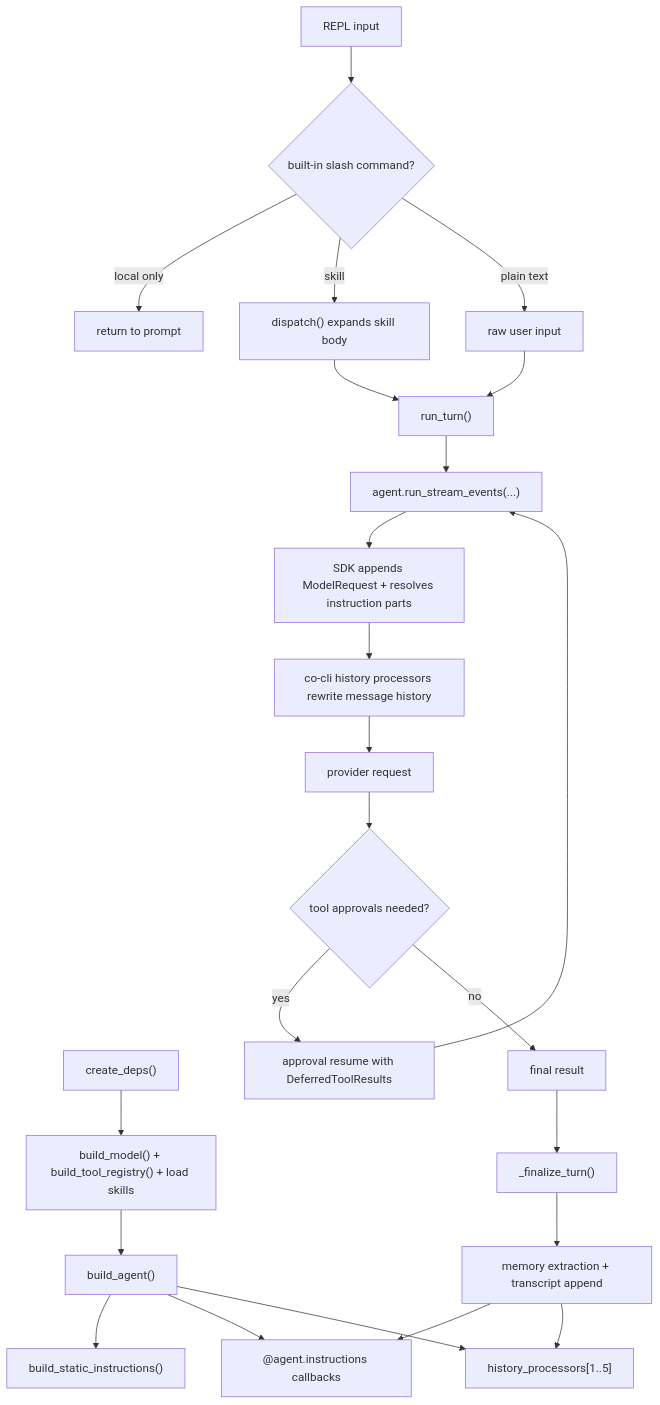
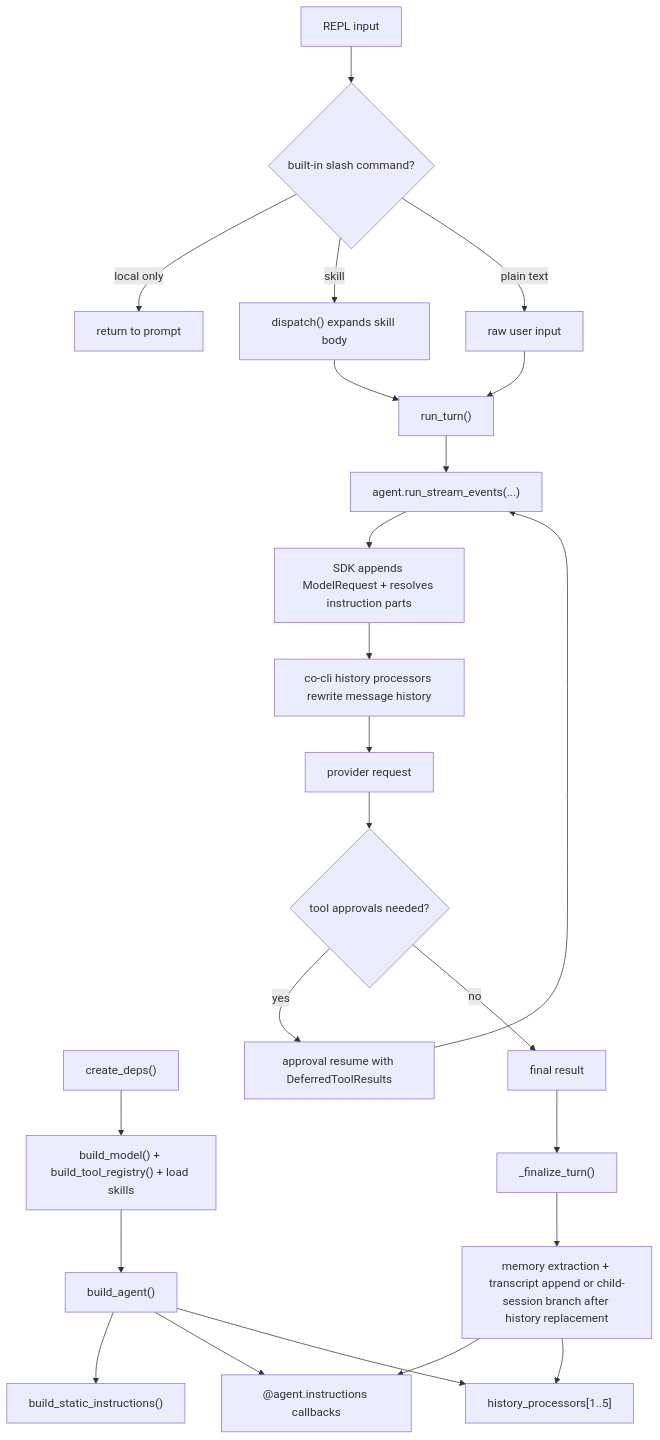
One commit to binlecode/co-cli changed the diagram in docs/specs/flow-prompt-assembly.md. Above: the diagram before and after it, drawn with Mermaid. The commit also changed other lines of this file and 50 other files, not shown here.

````diff
--- a/docs/specs/flow-prompt-assembly.md
+++ b/docs/specs/flow-prompt-assembly.md
@@ -30,29 +30,29 @@
 ```mermaid
 flowchart TD
     A["create_deps()"] --> B["build_model() + build_tool_registry() + load skills"]
     B --> C["build_agent()"]
     C --> D["build_static_instructions()"]
     C --> E["@agent.instructions callbacks"]
     C --> F["history_processors[1..5]"]
 
     G["REPL input"] --> H{"built-in slash command?"}
     H -->|local only| I["return to prompt"]
     H -->|skill| J["dispatch() expands skill body"]
     H -->|plain text| K["raw user input"]
     J --> L["run_turn()"]
     K --> L
 
     L --> M["agent.run_stream_events(...)"]
     M --> N["SDK appends ModelRequest + resolves instruction parts"]
     N --> O["co-cli history processors rewrite message history"]
     O --> P["provider request"]
     P --> Q{"tool approvals needed?"}
     Q -->|yes| R["approval resume with DeferredToolResults"]
     R --> M
     Q -->|no| S["final result"]
 
     S --> T["_finalize_turn()"]
-    T --> U["memory extraction + transcript append"]
+    T --> U["memory extraction + transcript append or child-session branch after history replacement"]
     U --> E
     U --> F
 ```
````
